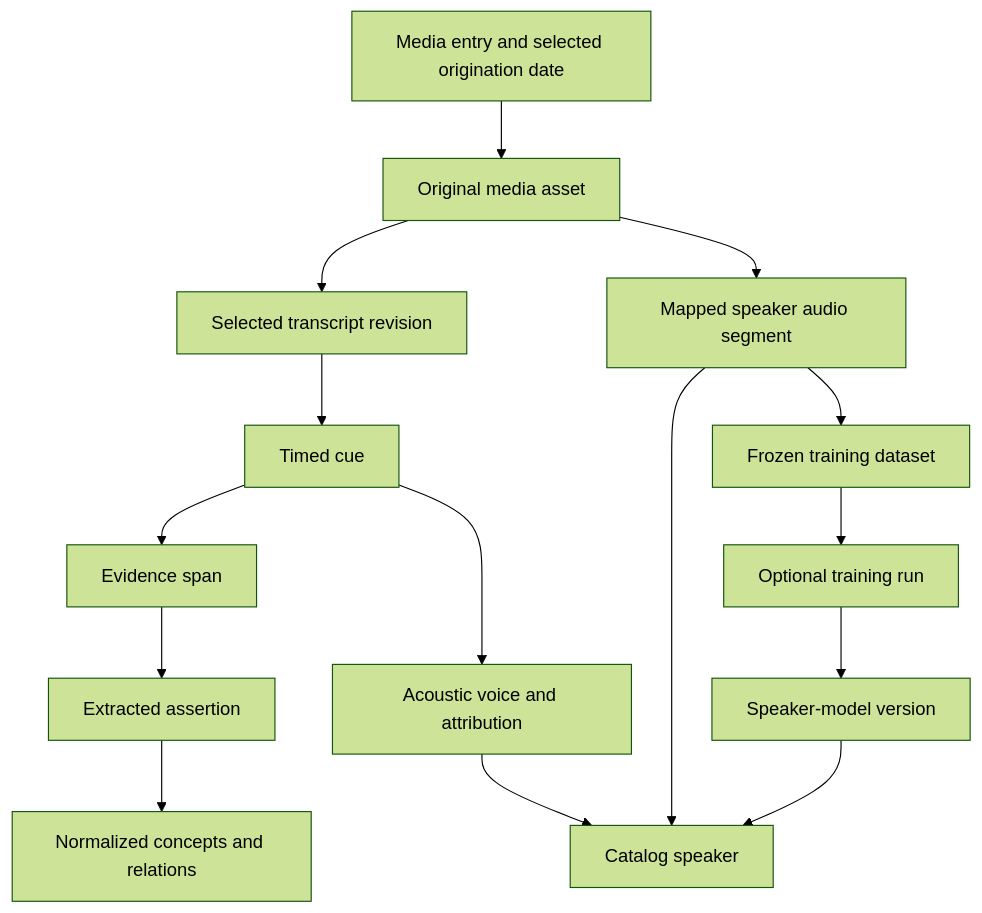
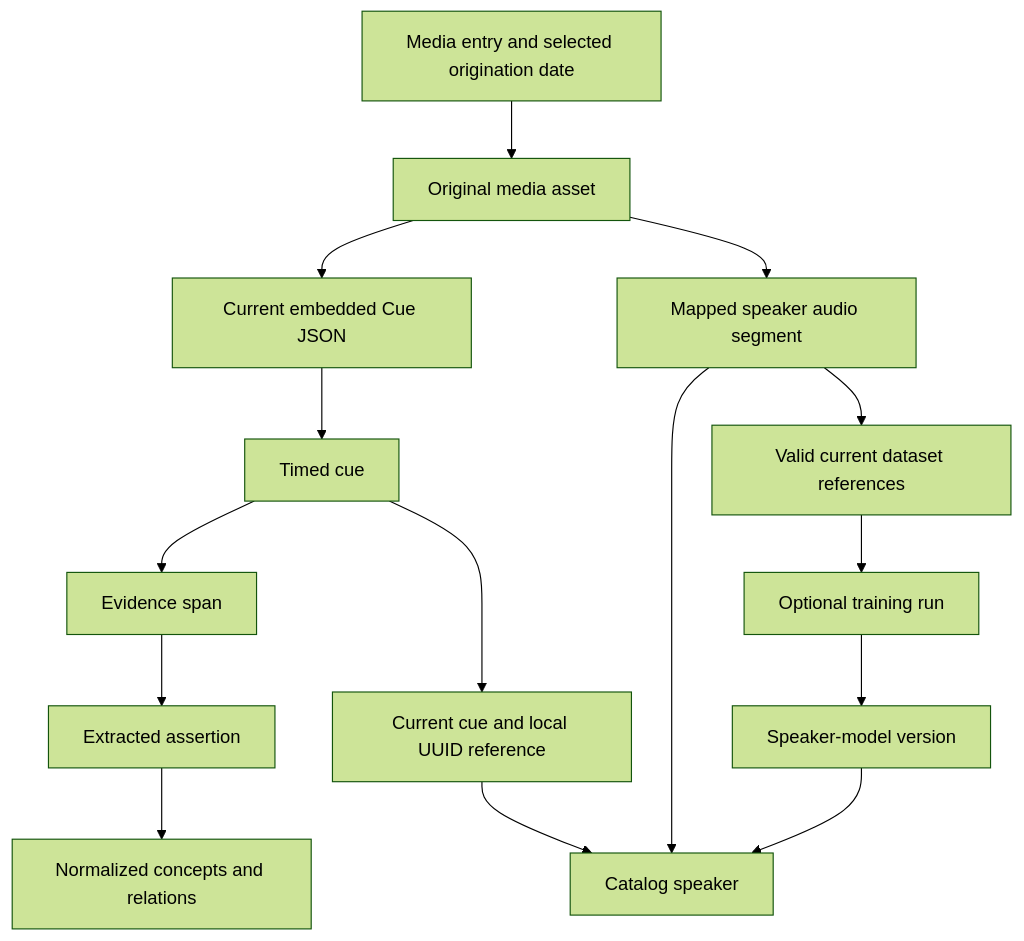
The diagram in docs/v0.0.0/graph.md (shruggietech/insonic), drawn with Mermaid (forest theme) before and after one commit. The commit also changed other lines of this file and 144 other files, not shown here.

````diff
--- a/docs/v0.0.0/graph.md
+++ b/docs/v0.0.0/graph.md
@@ -7,17 +7,17 @@
 ```mermaid
 flowchart TB
   Media[Media entry and selected origination date] --> Asset[Original media asset]
-  Asset --> Transcript[Selected transcript revision]
+  Asset --> Transcript[Current embedded Cue JSON]
   Transcript --> Cue[Timed cue]
   Cue --> Evidence[Evidence span]
-  Cue --> Voice[Acoustic voice and attribution]
+  Cue --> Voice[Current cue and local UUID reference]
   Voice --> Speaker[Catalog speaker]
   Asset --> Segment[Mapped speaker audio segment]
   Segment --> Speaker
-  Segment --> Dataset[Frozen training dataset]
+  Segment --> Dataset[Valid current dataset references]
   Dataset --> Run[Optional training run]
   Run --> Model[Speaker-model version]
   Model --> Speaker
   Evidence --> Assertion[Extracted assertion]
   Assertion --> Concept[Normalized concepts and relations]
 ```
````
